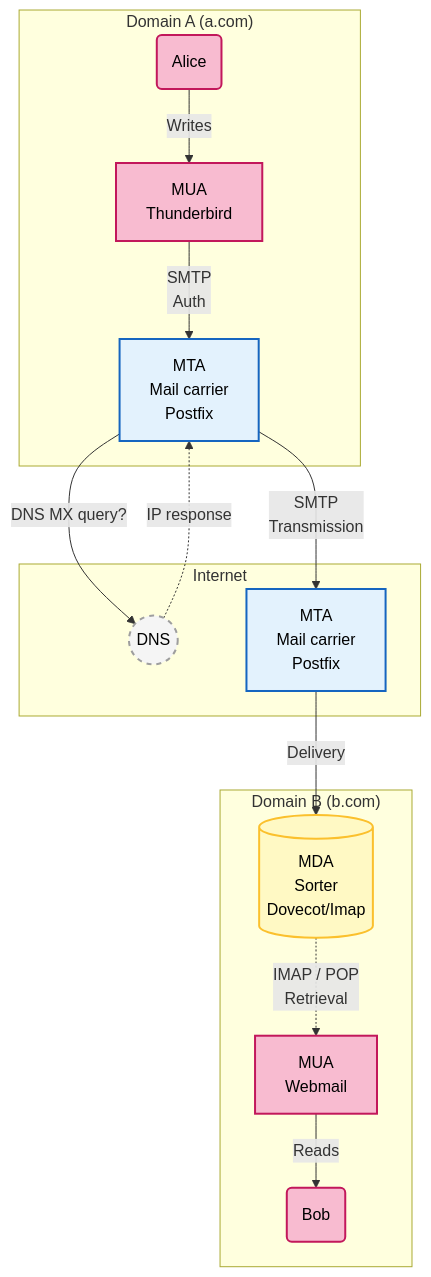
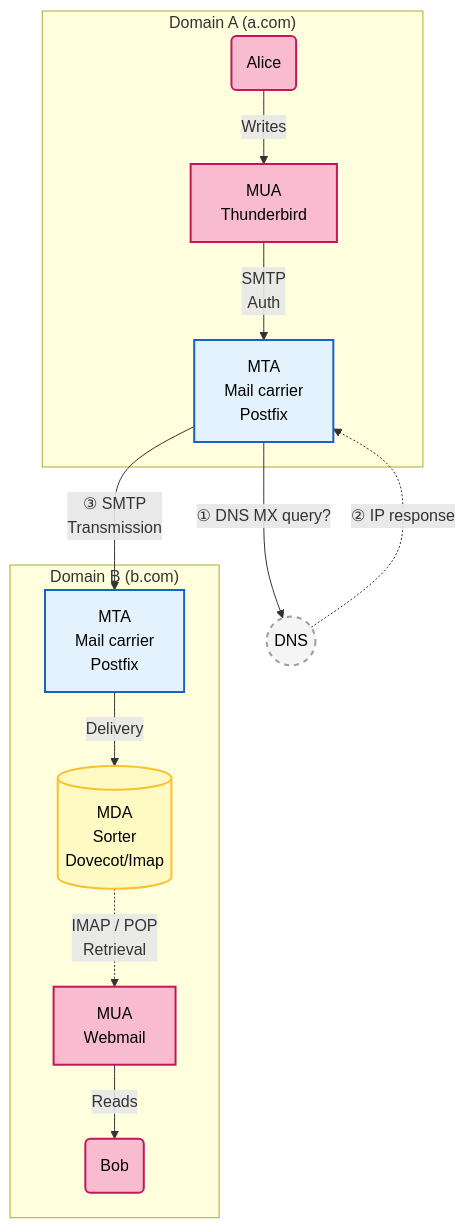
Before and after one commit to Yanal-Yves/blog: the third of 3 diagrams in content.en/antispoofing-e-mail/01-architecture-concepts.md, drawn with Mermaid. The commit also changed other lines of this file and 1 other file, not shown here.

First line of the commit message:
Article 1 : exemple de session SMTP + correction diagramme du voyage (#31)

````diff
--- a/content.en/antispoofing-e-mail/01-architecture-concepts.md
+++ b/content.en/antispoofing-e-mail/01-architecture-concepts.md
@@ -155,25 +155,25 @@
 ```mermaid
 graph TD
   %% --- Style definitions ---
   classDef client fill:#f8bbd0,stroke:#c2185b,stroke-width:2px,color:#000;
   classDef server fill:#e3f2fd,stroke:#1565c0,stroke-width:2px,color:#000;
   classDef storage fill:#fff9c4,stroke:#fbc02d,stroke-width:2px,color:#000;
   classDef internet fill:#f5f5f5,stroke:#9e9e9e,stroke-width:2px,stroke-dasharray: 5 5,color:#000;
   %% --- Domain A (Sender) ---
   subgraph "Domain A (a.com)"
       Alice(Alice):::client -->|Writes| MUA_A[MUA<br/>Thunderbird]:::client
       MUA_A -->|SMTP<br/>Auth| MTA_A[MTA<br/>Mail carrier<br/>Postfix]:::server
   end
-  %% --- Internet ---
-  subgraph "Internet"
-      MTA_A -->|DNS MX query?| DNS((DNS)):::internet
-      DNS -.->|IP response| MTA_A
-      MTA_A -->|SMTP<br/>Transmission| MTA_B[MTA<br/>Mail carrier<br/>Postfix]:::server
-  end
+  %% --- DNS (in the Internet, side query) ---
+  DNS((DNS)):::internet
   %% --- Domain B (Recipient) ---
   subgraph "Domain B (b.com)"
-      MTA_B -->|Delivery| MDA_B[("MDA<br/>Sorter<br/>Dovecot/Imap")]:::storage
+      MTA_B[MTA<br/>Mail carrier<br/>Postfix]:::server -->|Delivery| MDA_B[("MDA<br/>Sorter<br/>Dovecot/Imap")]:::storage
       MDA_B -.->|IMAP / POP<br/>Retrieval| MUA_B[MUA<br/>Webmail]:::client
       MUA_B -->|Reads| Bob(Bob):::client
-end
+  end
+  %% --- Cross-domain links (transiting the Internet) ---
+  MTA_A -->|① DNS MX query?| DNS
+  DNS -.->|② IP response| MTA_A
+  MTA_A -->|③ SMTP<br/>Transmission| MTA_B
 ```
````
